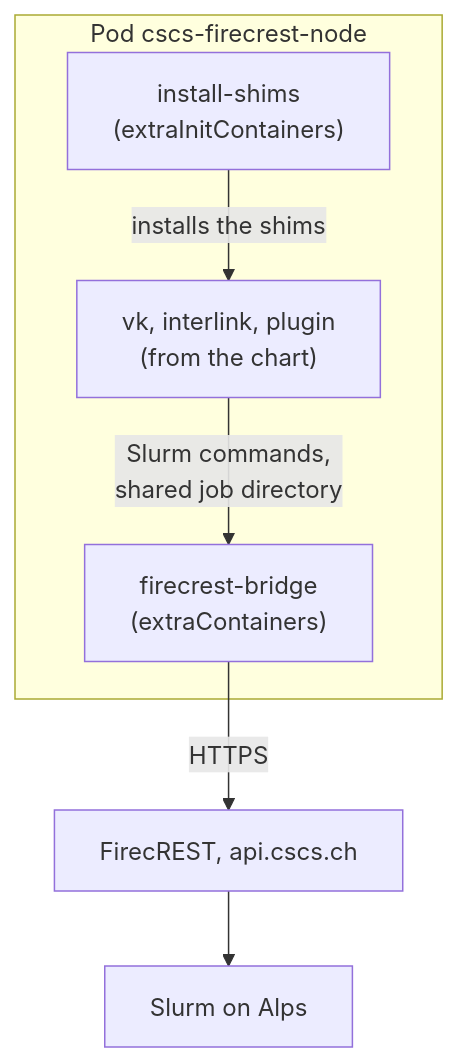
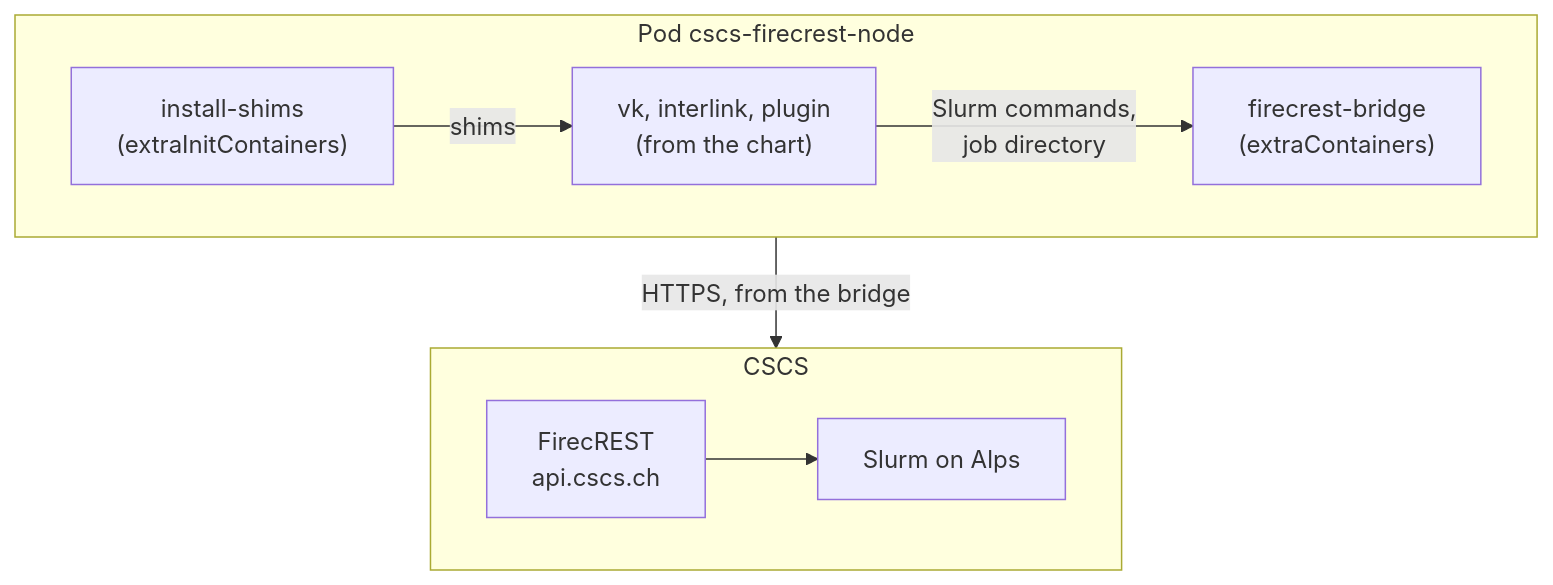
The diagram in deploy/cscs/README.md (matbun/interlink-firecrest-plugin), drawn with Mermaid before and after one commit. The commit also changed 1 other file, not shown here.

Commit message:
READMEs: two-row Mermaid diagrams
The pod's chain on one row and the HPC site on the next, linked between
the two subgraphs (a node-to-node link would make Mermaid ignore the
subgraph direction): about 780 x 300 px instead of one tall column.

````diff
--- a/deploy/cscs/README.md
+++ b/deploy/cscs/README.md
@@ -10,8 +10,13 @@
 ```mermaid
 flowchart TB
   subgraph pod["Pod cscs-firecrest-node"]
-    init["install-shims<br/>(extraInitContainers)"] -- "installs the shims" --> chart["vk, interlink, plugin<br/>(from the chart)"]
-    chart -- "Slurm commands,<br/>shared job directory" --> bridge["firecrest-bridge<br/>(extraContainers)"]
+    direction LR
+    init["install-shims<br/>(extraInitContainers)"] -- shims --> chart["vk, interlink, plugin<br/>(from the chart)"]
+    chart -- "Slurm commands,<br/>job directory" --> bridge["firecrest-bridge<br/>(extraContainers)"]
   end
-  bridge -- HTTPS --> firecrest["FirecREST, api.cscs.ch"] --> alps["Slurm on Alps"]
+  subgraph cscs["CSCS"]
+    direction LR
+    firecrest["FirecREST<br/>api.cscs.ch"] --> alps["Slurm on Alps"]
+  end
+  pod -- "HTTPS, from the bridge" --> cscs
 ```
````
